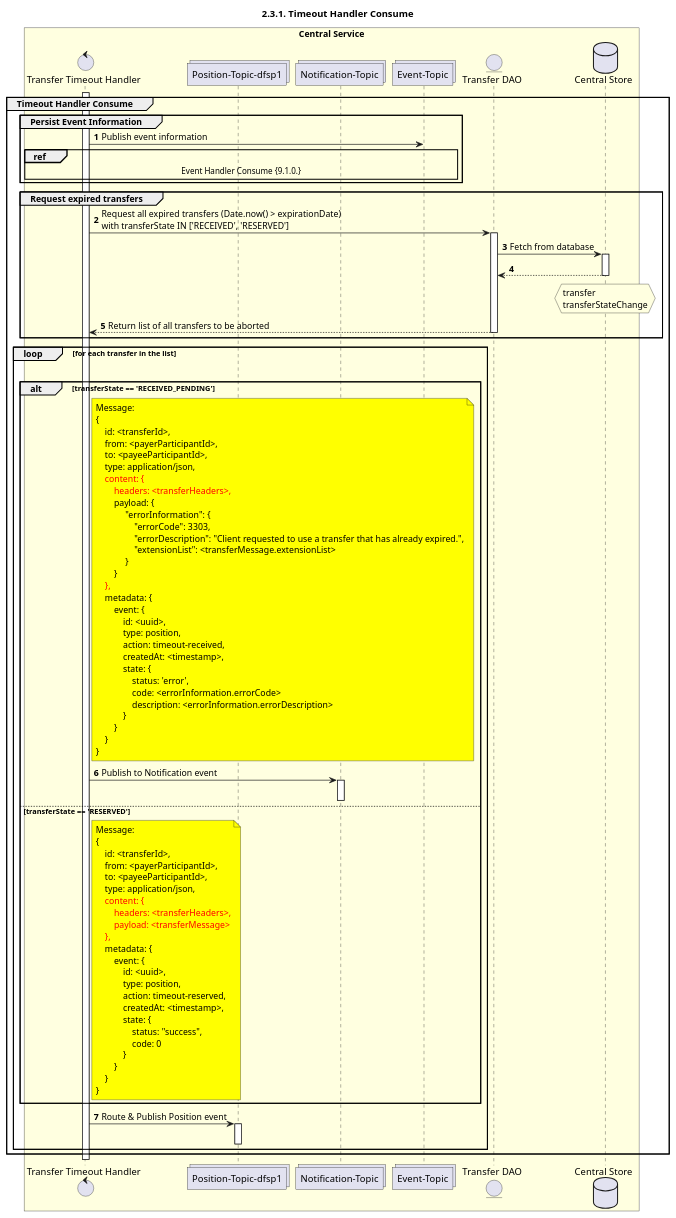
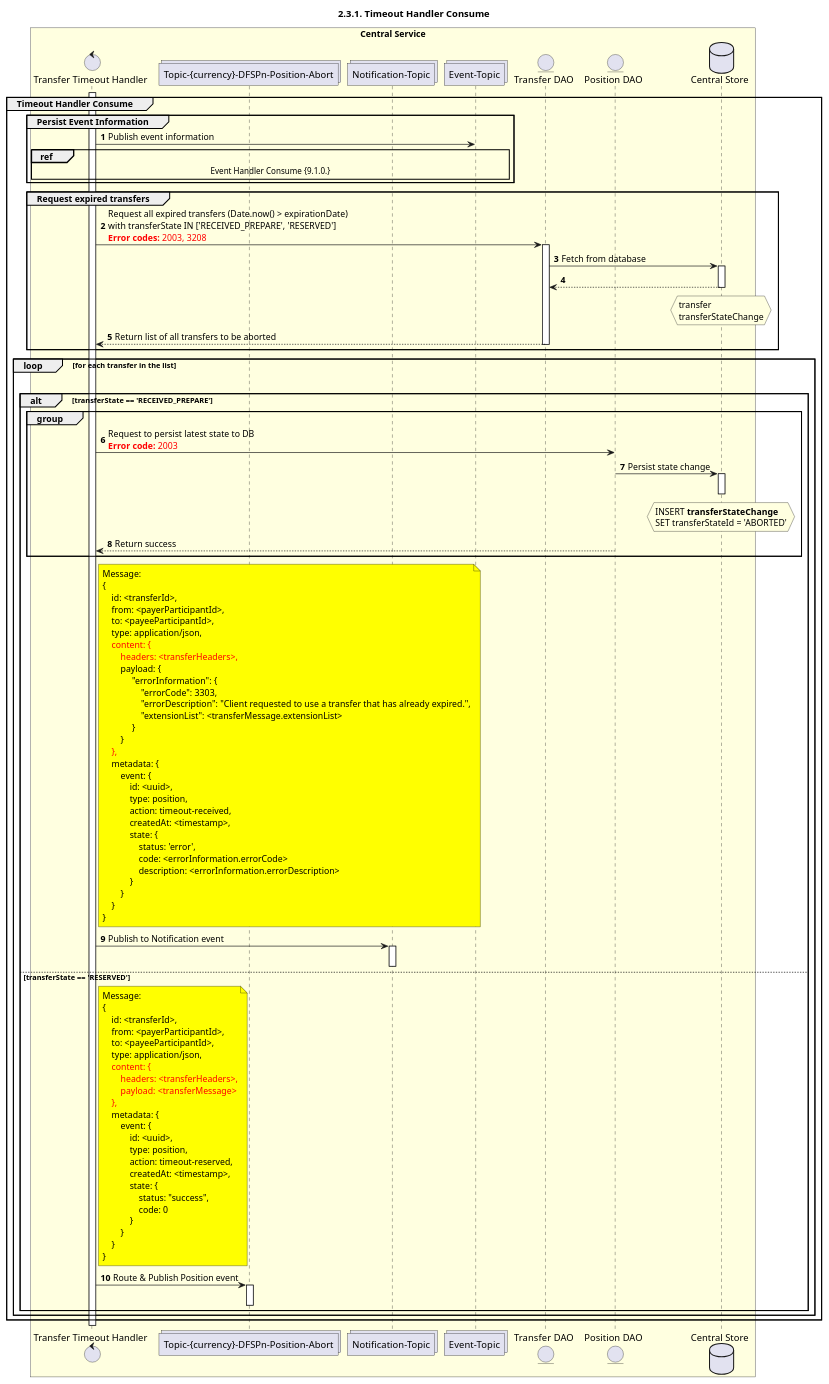
The diagram in CentralServices/seq_diagrams/seq-timeout-2.3.1.plantuml (NicoDuvenage/docs-1), drawn with PlantUML before and after one commit. The commit also changed 1 other file, not shown here.

Commit message:
Added more detail to Timout processing into Sequence Diagrams

```diff
--- a/CentralServices/seq_diagrams/seq-timeout-2.3.1.plantuml
+++ b/CentralServices/seq_diagrams/seq-timeout-2.3.1.plantuml
@@ -1,124 +1,138 @@
 @startuml
 ' declate title
 title 2.3.1. Timeout Handler Consume
 
 autonumber
 
 ' Actor Keys:
 '   boundary - APIs/Interfaces, etc
 '   collections - Kafka Topics
 '   control - Kafka Consumers
 '   entity - Database Access Objects
 '   database - Database Persistance Store
 
 ' declare actors
 control "Transfer Timeout Handler" as EXP_HANDLER
-collections "Position-Topic-dfsp1" as TOPIC_POSITION_DFSP1
+collections "Topic-{currency}-DFSPn-Position-Abort" as TOPIC_POSITION_DFSP
 collections "Notification-Topic" as TOPIC_NOTIFICATIONS
 collections "Event-Topic" as TOPIC_EVENT
 entity "Transfer DAO" as TRANS_DAO
+entity "Position DAO" as POS_DAO
 database "Central Store" as DB
 
 box "Central Service" #LightYellow
     participant EXP_HANDLER
-    participant TOPIC_POSITION_DFSP1
+    participant TOPIC_POSITION_DFSP
     participant TOPIC_NOTIFICATIONS
     participant TOPIC_EVENT
     participant TRANS_DAO
+    participant POS_DAO
     participant DB
 end box
 
 ' start flow
 activate EXP_HANDLER
 group Timeout Handler Consume
     group Persist Event Information
         EXP_HANDLER -> TOPIC_EVENT: Publish event information
         ref over EXP_HANDLER, TOPIC_EVENT :  Event Handler Consume {9.1.0.}
     end
 
     group Request expired transfers
-        EXP_HANDLER -> TRANS_DAO: Request all expired transfers (Date.now() > expirationDate) \nwith transferState IN ['RECEIVED', 'RESERVED']
+        EXP_HANDLER -> TRANS_DAO: Request all expired transfers (Date.now() > expirationDate) \nwith transferState IN ['RECEIVED_PREPARE', 'RESERVED']\n<color #FF0000><b>Error codes:</b> 2003, 3208</color>
         activate TRANS_DAO
         TRANS_DAO -> DB: Fetch from database
         activate DB
         DB --> TRANS_DAO
         deactivate DB
         hnote over DB #lightyellow
             transfer
             transferStateChange
         end note
         EXP_HANDLER <-- TRANS_DAO: Return list of all transfers to be aborted
         deactivate TRANS_DAO
     end
 
     loop for each transfer in the list
         |||
-        alt transferState == 'RECEIVED_PENDING'
+        alt transferState == 'RECEIVED_PREPARE'
+            group
+                EXP_HANDLER -> POS_DAO: Request to persist latest state to DB\n<color #FF0000><b>Error code:</b> 2003</color>
+                POS_DAO -> DB: Persist state change
+                hnote over DB #lightyellow
+                        INSERT **transferStateChange**
+                        SET transferStateId = 'ABORTED'
+                end note
+                activate DB
+                deactivate DB
+                POS_DAO --> EXP_HANDLER: Return success
+            end
             note right of EXP_HANDLER #yellow
                 Message:
                 {
                     id: <transferId>,
                     from: <payerParticipantId>,
                     to: <payeeParticipantId>,
                     type: application/json,
                     <color #FF0000>content: {</color>
                         <color #FF0000>headers: <transferHeaders>,</color>
                         payload: {
                              "errorInformation": {
                                  "errorCode": 3303,
                                  "errorDescription": "Client requested to use a transfer that has already expired.",
                                  "extensionList": <transferMessage.extensionList>
                              }
                         }
                     <color #FF0000>},</color>
                     metadata: {
                         event: {
                             id: <uuid>,
                             type: position,
                             action: timeout-received,
                             createdAt: <timestamp>,
                             state: {
                                 status: 'error',
                                 code: <errorInformation.errorCode>
                                 description: <errorInformation.errorDescription>
                             }
                         }
                     }
                 }
             end note
             EXP_HANDLER -> TOPIC_NOTIFICATIONS: Publish to Notification event
             activate TOPIC_NOTIFICATIONS
             deactivate TOPIC_NOTIFICATIONS
         else transferState == 'RESERVED'
             note right of EXP_HANDLER #yellow
                 Message:
                 {
                     id: <transferId>,
                     from: <payerParticipantId>,
                     to: <payeeParticipantId>,
                     type: application/json,
                     <color #FF0000>content: {</color>
                         <color #FF0000>headers: <transferHeaders>,</color>
                         <color #FF0000>payload: <transferMessage></color>
                     <color #FF0000>},</color>
                     metadata: {
                         event: {
                             id: <uuid>,
                             type: position,
                             action: timeout-reserved,
                             createdAt: <timestamp>,
                             state: {
                                 status: "success",
                                 code: 0
                             }
                         }
                     }
                 }
             end note
+            EXP_HANDLER -> TOPIC_POSITION_DFSP: Route & Publish Position event
+            activate TOPIC_POSITION_DFSP
+            deactivate TOPIC_POSITION_DFSP
         end
-        EXP_HANDLER -> TOPIC_POSITION_DFSP1: Route & Publish Position event
-        activate TOPIC_POSITION_DFSP1
-        deactivate TOPIC_POSITION_DFSP1
+
     end
 end
 @enduml
```
